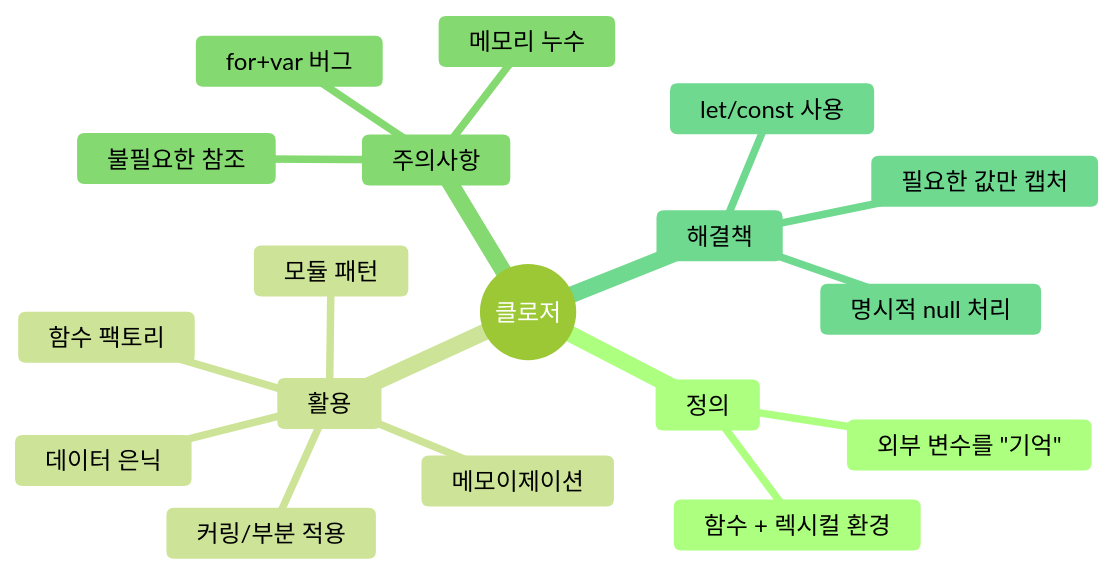
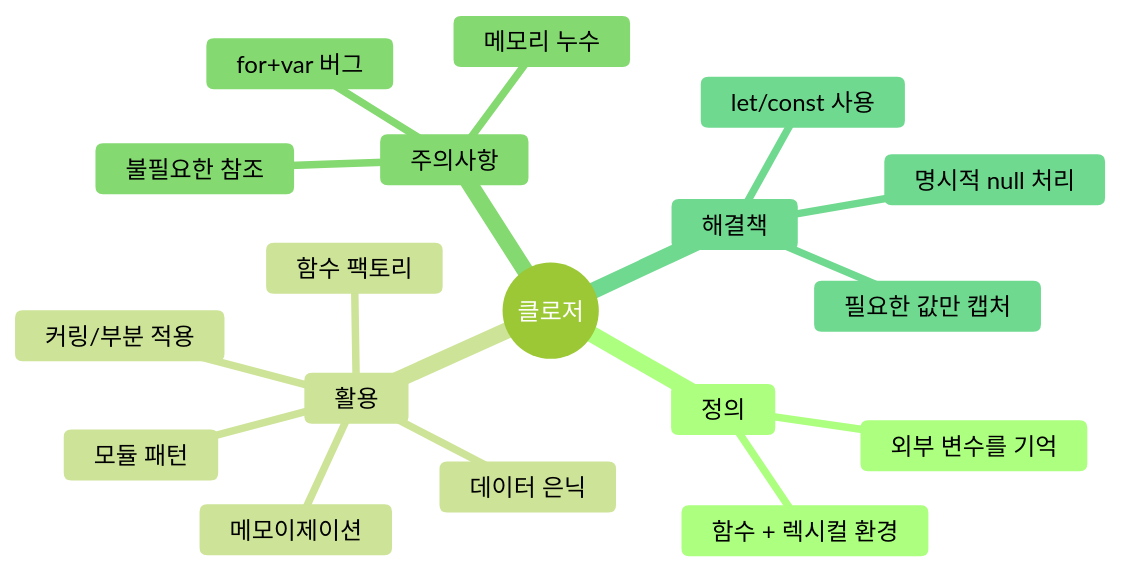
The eighth of 8 diagrams in _posts/frontend/2026-05-02-js-closure.md (yjkim2015/yjkim2015.github.io), drawn with Mermaid (forest theme) before and after one commit. The commit also changed other lines of this file and 122 other files, not shown here.

````diff
--- a/_posts/frontend/2026-05-02-js-closure.md
+++ b/_posts/frontend/2026-05-02-js-closure.md
@@ -809,21 +675,21 @@
 ```mermaid
 mindmap
   root((클로저))
     정의
       함수 + 렉시컬 환경
-      외부 변수를 "기억"
+      외부 변수를 기억
     활용
       데이터 은닉
       모듈 패턴
       함수 팩토리
       메모이제이션
       커링/부분 적용
     주의사항
       메모리 누수
       for+var 버그
       불필요한 참조
     해결책
       let/const 사용
       필요한 값만 캡처
       명시적 null 처리
 ```
````
